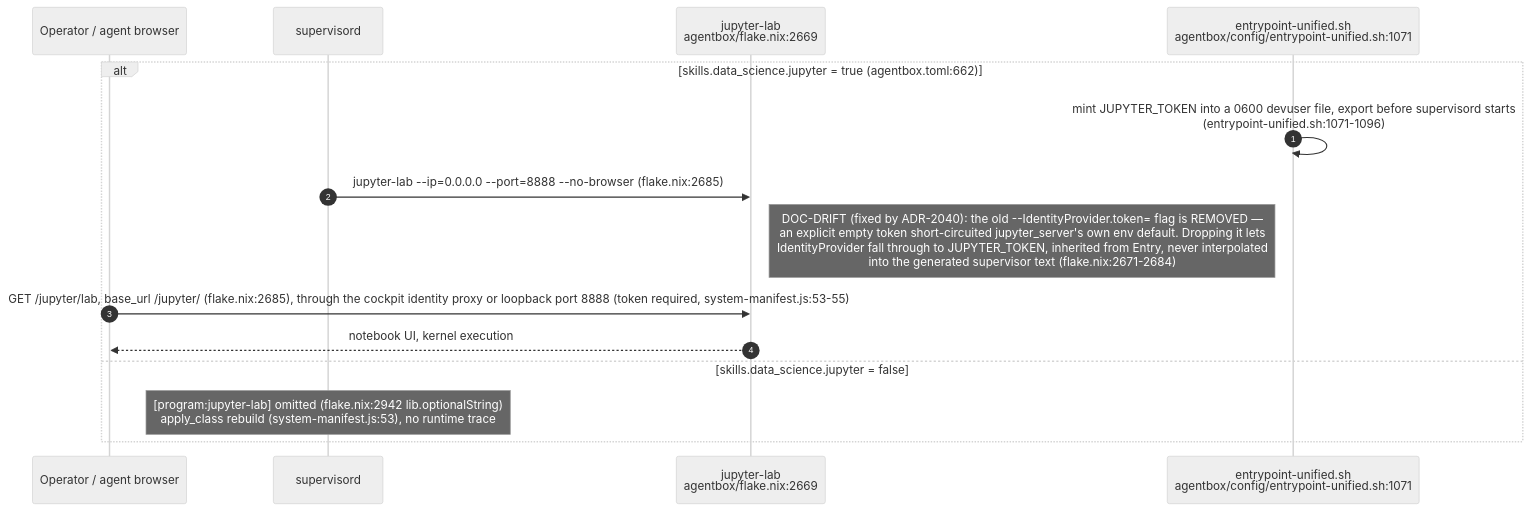
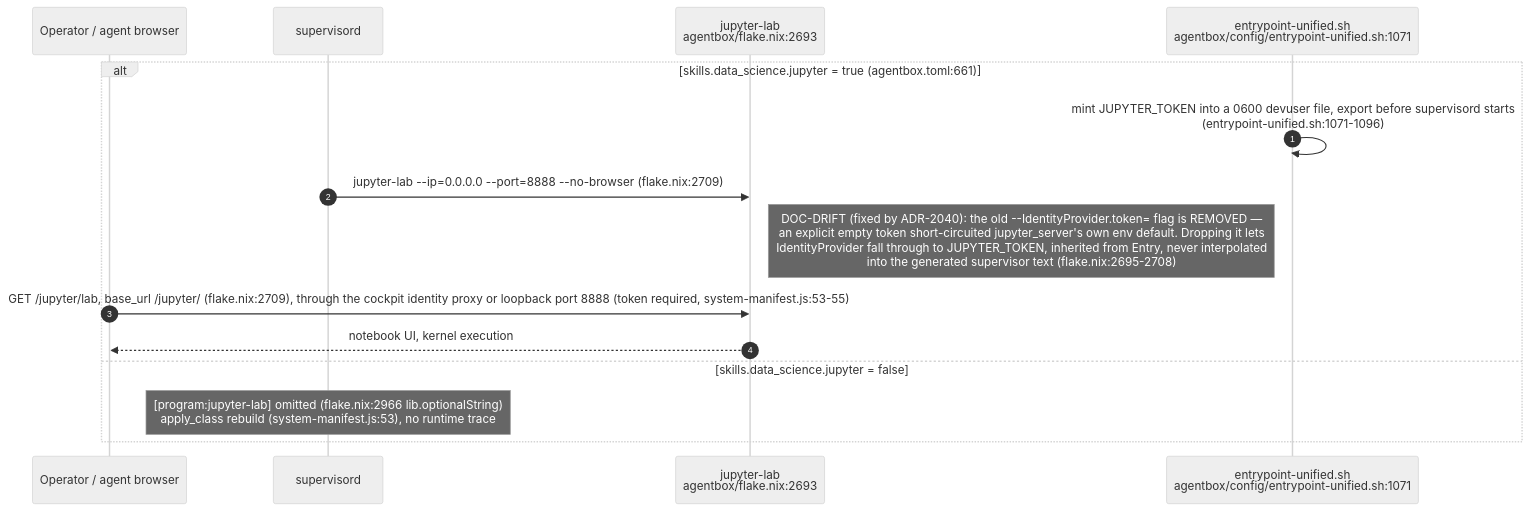
One commit to DreamLab-AI/VisionFlow changed the fifth of 14 diagrams in docs/diagrams/agentbox/27-media-gpu-capability-services.md. Above: the diagram before and after it, drawn with Mermaid (neutral theme). The commit also changed other lines of this file and 7 other files, not shown here.

````diff
--- a/docs/diagrams/agentbox/27-media-gpu-capability-services.md
+++ b/docs/diagrams/agentbox/27-media-gpu-capability-services.md
@@ -193,18 +193,18 @@
 ```mermaid
 sequenceDiagram
     autonumber
     participant Op as Operator / agent browser
     participant Sup as supervisord
-    participant Lab as jupyter-lab<br/>agentbox/flake.nix:2669
+    participant Lab as jupyter-lab<br/>agentbox/flake.nix:2693
     participant Entry as entrypoint-unified.sh<br/>agentbox/config/entrypoint-unified.sh:1071
 
-    alt skills.data_science.jupyter = true (agentbox.toml:662)
+    alt skills.data_science.jupyter = true (agentbox.toml:661)
         Entry->>Entry: mint JUPYTER_TOKEN into a 0600 devuser file, export before supervisord starts<br/>(entrypoint-unified.sh:1071-1096)
-        Sup->>Lab: jupyter-lab --ip=0.0.0.0 --port=8888 --no-browser (flake.nix:2685)
-        Note right of Lab: DOC-DRIFT (fixed by ADR-2040): the old --IdentityProvider.token= flag is REMOVED —<br/>an explicit empty token short-circuited jupyter_server's own env default. Dropping it lets<br/>IdentityProvider fall through to JUPYTER_TOKEN, inherited from Entry, never interpolated<br/>into the generated supervisor text (flake.nix:2671-2684)
-        Op->>Lab: GET /jupyter/lab, base_url /jupyter/ (flake.nix:2685), through the cockpit identity proxy or loopback port 8888 (token required, system-manifest.js:53-55)
+        Sup->>Lab: jupyter-lab --ip=0.0.0.0 --port=8888 --no-browser (flake.nix:2709)
+        Note right of Lab: DOC-DRIFT (fixed by ADR-2040): the old --IdentityProvider.token= flag is REMOVED —<br/>an explicit empty token short-circuited jupyter_server's own env default. Dropping it lets<br/>IdentityProvider fall through to JUPYTER_TOKEN, inherited from Entry, never interpolated<br/>into the generated supervisor text (flake.nix:2695-2708)
+        Op->>Lab: GET /jupyter/lab, base_url /jupyter/ (flake.nix:2709), through the cockpit identity proxy or loopback port 8888 (token required, system-manifest.js:53-55)
         Lab-->>Op: notebook UI, kernel execution
     else skills.data_science.jupyter = false
-        Note over Sup: [program:jupyter-lab] omitted (flake.nix:2942 lib.optionalString)<br/>apply_class rebuild (system-manifest.js:53), no runtime trace
+        Note over Sup: [program:jupyter-lab] omitted (flake.nix:2966 lib.optionalString)<br/>apply_class rebuild (system-manifest.js:53), no runtime trace
     end
 ```
````
